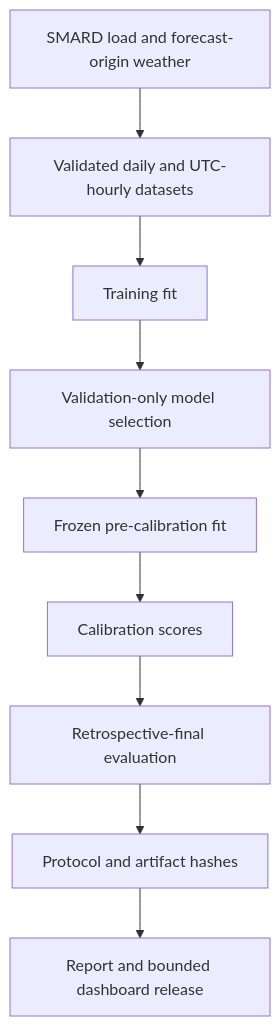
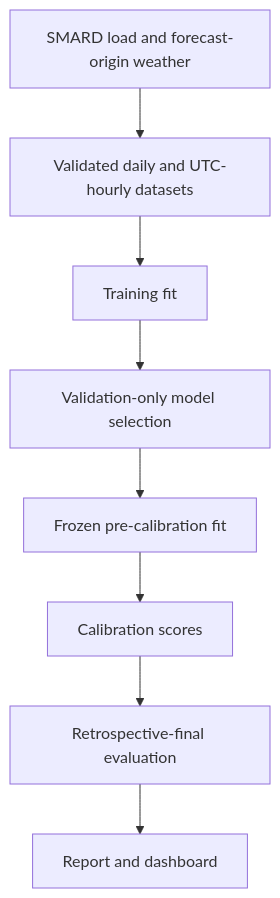
One commit to frogiraffe/german-grid-load-forecasting changed the diagram in docs/TECHNICAL.md. Above: the diagram before and after it, drawn with Mermaid. The commit also changed other lines of this file and 26 other files, not shown here.

````diff
--- a/docs/TECHNICAL.md
+++ b/docs/TECHNICAL.md
@@ -24,11 +13,10 @@
 ```mermaid
 flowchart TD
     A[SMARD load and forecast-origin weather] --> B[Validated daily and UTC-hourly datasets]
     B --> C[Training fit]
     C --> D[Validation-only model selection]
     D --> E[Frozen pre-calibration fit]
     E --> F[Calibration scores]
     F --> G[Retrospective-final evaluation]
-    G --> H[Protocol and artifact hashes]
-    H --> I[Report and bounded dashboard release]
+    G --> H[Report and dashboard]
 ```
````
